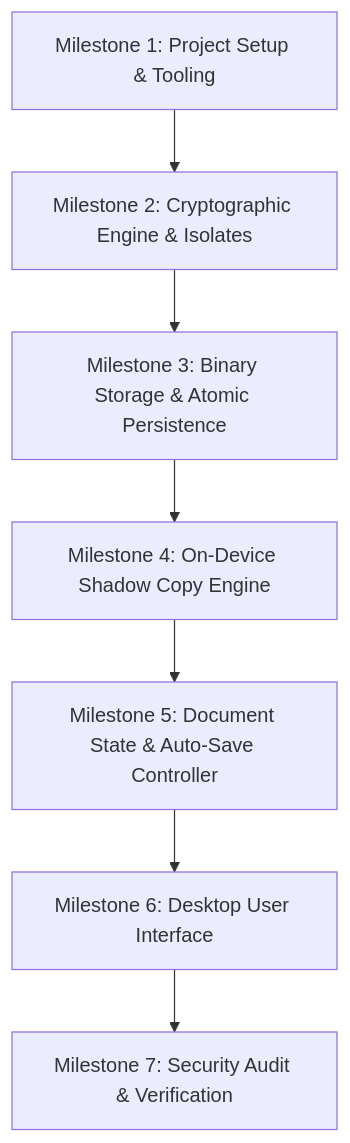
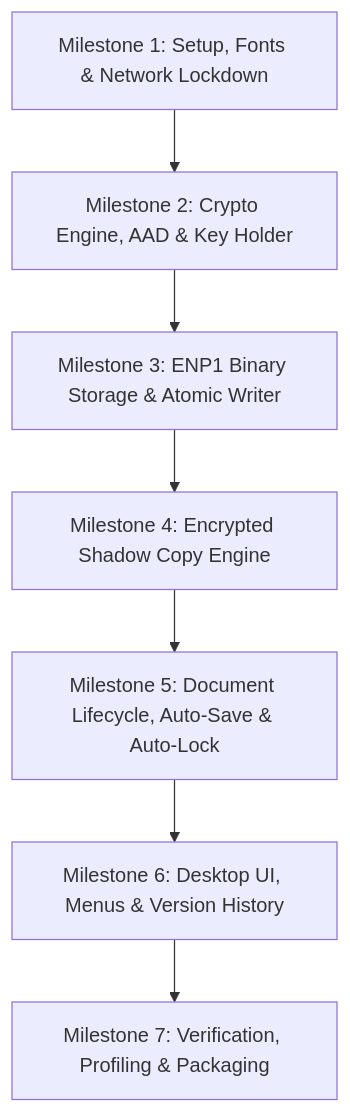
Before and after one commit to exceliier/EncNotePad: the diagram in IMPLEMENTATION_PLAN.md, drawn with Mermaid. The commit also changed other lines of this file and 118 other files, not shown here.

Commit message:
Complete Phase 1 MVP: Offline encrypted notepad with shadow copies and Windows integration

````diff
--- a/IMPLEMENTATION_PLAN.md
+++ b/IMPLEMENTATION_PLAN.md
@@ -103,9 +133,9 @@
 ```mermaid
 flowchart TD
-    M1["Milestone 1: Project Setup & Tooling"] --> M2["Milestone 2: Cryptographic Engine & Isolates"]
-    M2 --> M3["Milestone 3: Binary Storage & Atomic Persistence"]
-    M3 --> M4["Milestone 4: On-Device Shadow Copy Engine"]
-    M4 --> M5["Milestone 5: Document State & Auto-Save Controller"]
-    M5 --> M6["Milestone 6: Desktop User Interface"]
-    M6 --> M7["Milestone 7: Security Audit & Verification"]
+    M1["Milestone 1: Setup, Fonts & Network Lockdown"] --> M2["Milestone 2: Crypto Engine, AAD & Key Holder"]
+    M2 --> M3["Milestone 3: ENP1 Binary Storage & Atomic Writer"]
+    M3 --> M4["Milestone 4: Encrypted Shadow Copy Engine"]
+    M4 --> M5["Milestone 5: Document Lifecycle, Auto-Save & Auto-Lock"]
+    M5 --> M6["Milestone 6: Desktop UI, Menus & Version History"]
+    M6 --> M7["Milestone 7: Verification, Profiling & Packaging"]
 ```
````
